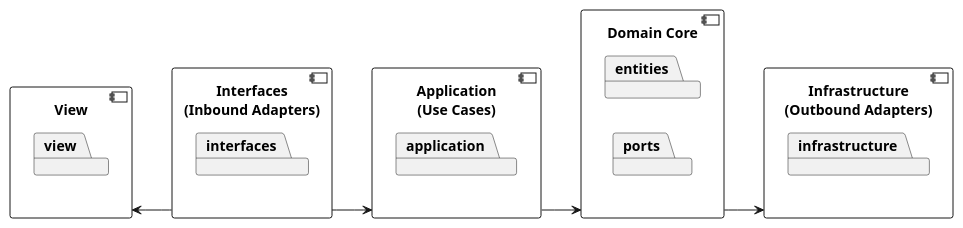
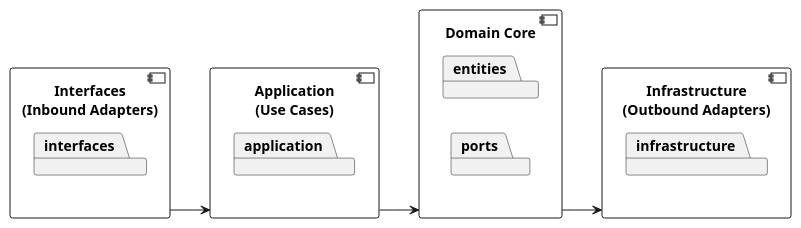
The diagram in Documentação/04 - Implementação/Diagrama_Componentes.md (Nenhum-Grupo/ProjetoEngenharia), drawn with PlantUML before and after one commit. The commit also changed other lines of this file, not shown here.

Commit message:
Remove view

````diff
--- a/Documentação/04 - Implementação/Diagrama_Componentes.md
+++ b/Documentação/04 - Implementação/Diagrama_Componentes.md
@@ -18,46 +18,38 @@
 ```plantuml
 @startuml
 
 
 skinparam packageStyle rectangle
 skinparam linetype ortho
 left to right direction
-
-component "View" {
-
-  package "view"
-
-}
-
 
 component "Interfaces\n(Inbound Adapters)" {
 
   package "interfaces"
 
 }
 
 component "Application\n(Use Cases)" {
 
   package "application"
 
 }
 
 component "Domain Core" {
 
   package "entities"
   package "ports"
 
 }
 
 component "Infrastructure\n(Outbound Adapters)" {
 
   package "infrastructure"
 
 }
 
-"Interfaces\n(Inbound Adapters)" -up-> "View" 
 "Interfaces\n(Inbound Adapters)" --> "Application\n(Use Cases)"
 "Application\n(Use Cases)" --> "Domain Core"
 "Domain Core" --> "Infrastructure\n(Outbound Adapters)"
 @enduml
 ```
````
